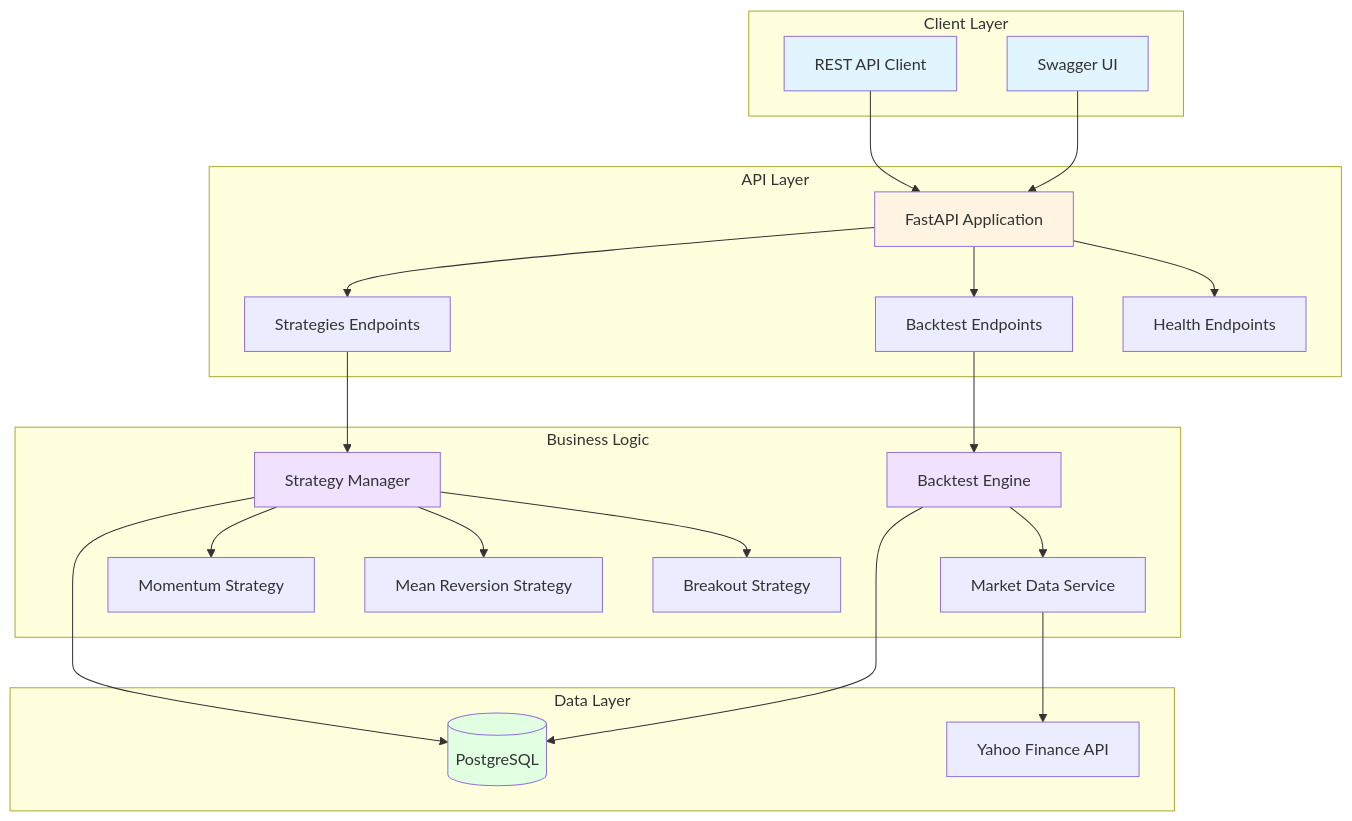
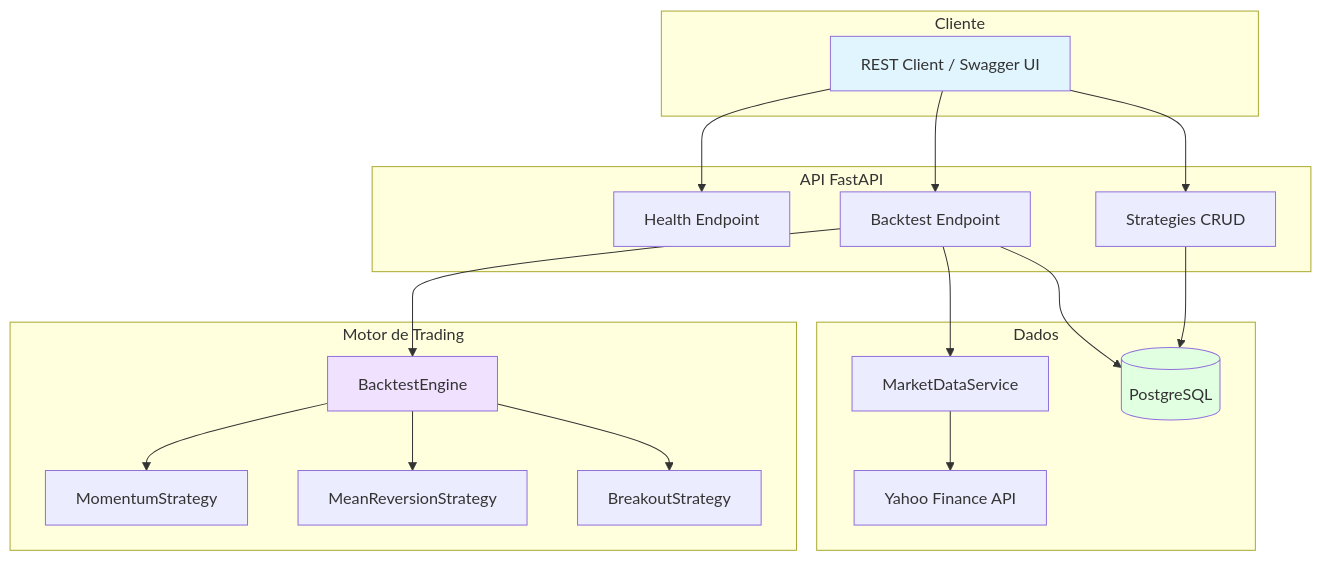
One commit to galafis/quantitative-trading-engine changed the diagram in docs/architecture.mmd. Above: the diagram before and after it, drawn with Mermaid. The commit also changed 15 other files, not shown here.

```diff
--- a/docs/architecture.mmd
+++ b/docs/architecture.mmd
@@ -1,48 +1,39 @@
 graph TB
-    subgraph "Client Layer"
-        A[REST API Client]
-        B[Swagger UI]
+    subgraph "Cliente"
+        A[REST Client / Swagger UI]
     end
-    
-    subgraph "API Layer"
-        C[FastAPI Application]
-        D[Strategies Endpoints]
-        E[Backtest Endpoints]
-        F[Health Endpoints]
+
+    subgraph "API FastAPI"
+        B[Health Endpoint]
+        C[Strategies CRUD]
+        D[Backtest Endpoint]
     end
-    
-    subgraph "Business Logic"
-        G[Strategy Manager]
-        H[Backtest Engine]
-        I[Market Data Service]
-        J[Momentum Strategy]
-        K[Mean Reversion Strategy]
-        L[Breakout Strategy]
+
+    subgraph "Motor de Trading"
+        E[BacktestEngine]
+        F[MomentumStrategy]
+        G[MeanReversionStrategy]
+        H[BreakoutStrategy]
     end
-    
-    subgraph "Data Layer"
-        M[(PostgreSQL)]
-        O[Yahoo Finance API]
+
+    subgraph "Dados"
+        I[MarketDataService]
+        J[(PostgreSQL)]
+        K[Yahoo Finance API]
     end
-    
+
+    A --> B
     A --> C
-    B --> C
-    C --> D
-    C --> E
-    C --> F
-    D --> G
+    A --> D
+    C --> J
+    D --> E
+    E --> F
+    E --> G
     E --> H
-    G --> J
-    G --> K
-    G --> L
-    H --> I
-    I --> O
-    G --> M
-    H --> M
-    
+    D --> I
+    I --> K
+    D --> J
+
     style A fill:#e1f5ff
-    style B fill:#e1f5ff
-    style C fill:#fff4e1
-    style G fill:#f0e1ff
-    style H fill:#f0e1ff
-    style M fill:#e1ffe1
+    style E fill:#f0e1ff
+    style J fill:#e1ffe1
```
